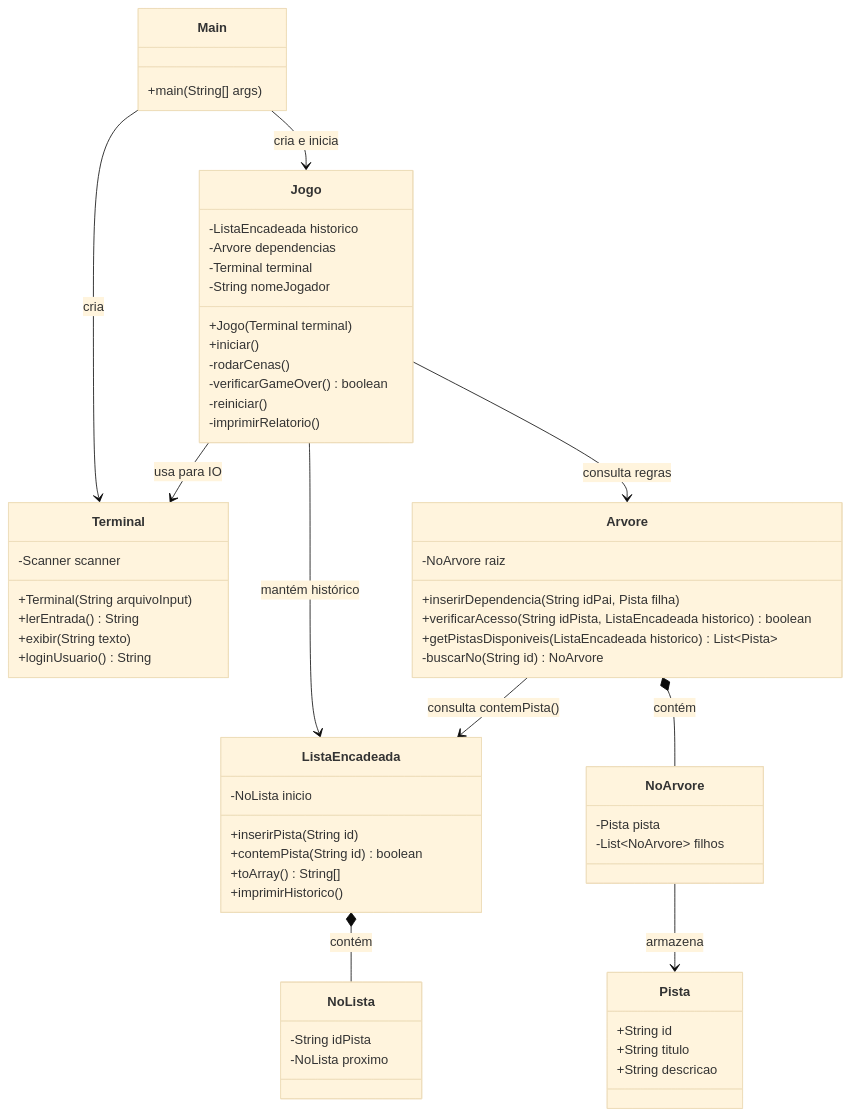
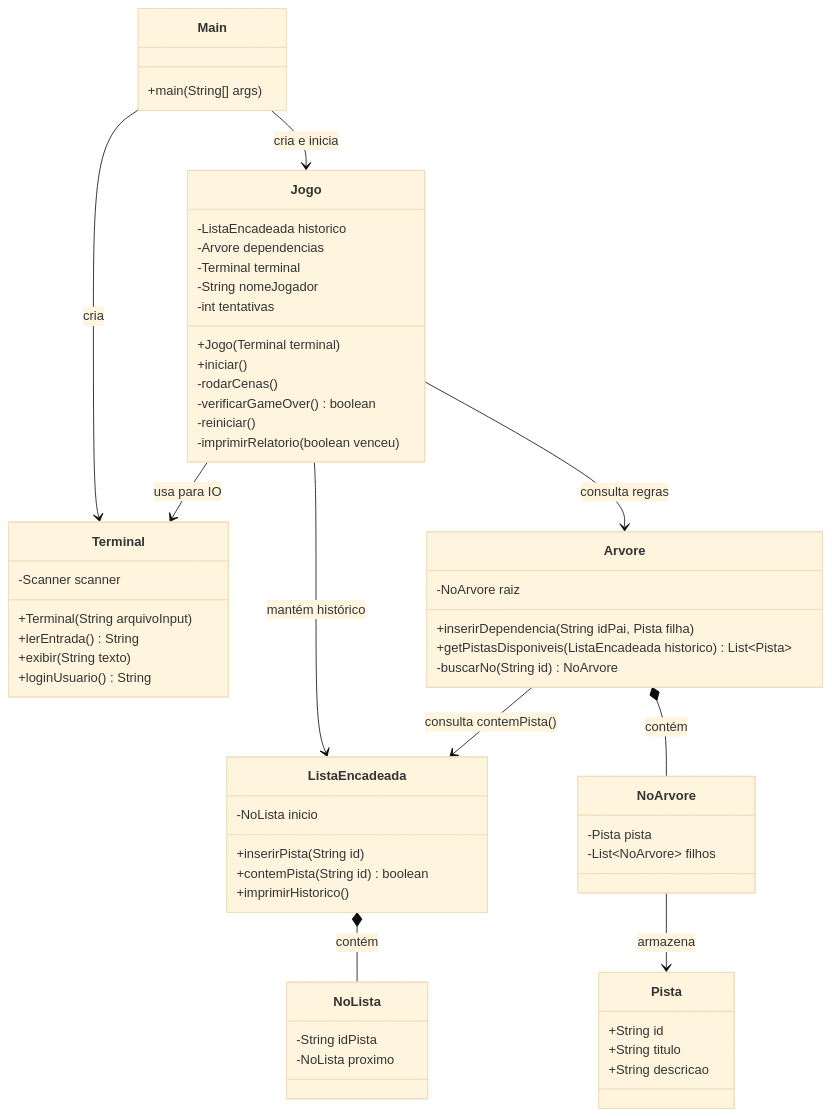
One commit to andretanuki/ProjetoEstruturaDados changed the diagram in docs/Arquitetura_e_Tarefas.md. Above: the diagram before and after it, drawn with Mermaid (base theme). The commit also changed other lines of this file, not shown here.

Commit message:
docs: revisao final - relatorio formalizado, redundancias removidas, sistema fechado

````diff
--- a/docs/Arquitetura_e_Tarefas.md
+++ b/docs/Arquitetura_e_Tarefas.md
@@ -24,69 +18,68 @@
 ```mermaid
 classDiagram
     class Main {
         +main(String[] args)
     }
 
     class Terminal {
         -Scanner scanner
         +Terminal(String arquivoInput)
         +lerEntrada() String
         +exibir(String texto)
         +loginUsuario() String
     }
 
     class Jogo {
         -ListaEncadeada historico
         -Arvore dependencias
         -Terminal terminal
         -String nomeJogador
+        -int tentativas
         +Jogo(Terminal terminal)
         +iniciar()
         -rodarCenas()
         -verificarGameOver() boolean
         -reiniciar()
-        -imprimirRelatorio()
+        -imprimirRelatorio(boolean venceu)
     }
 
     class Pista {
         +String id
         +String titulo
         +String descricao
     }
 
     class ListaEncadeada {
         -NoLista inicio
         +inserirPista(String id)
         +contemPista(String id) boolean
-        +toArray() String[]
         +imprimirHistorico()
     }
 
     class NoLista {
         -String idPista
         -NoLista proximo
     }
 
     class Arvore {
         -NoArvore raiz
         +inserirDependencia(String idPai, Pista filha)
-        +verificarAcesso(String idPista, ListaEncadeada historico) boolean
         +getPistasDisponiveis(ListaEncadeada historico) List~Pista~
         -buscarNo(String id) NoArvore
     }
 
     class NoArvore {
         -Pista pista
         -List~NoArvore~ filhos
     }
 
     Main --> Terminal : cria
     Main --> Jogo : cria e inicia
     Jogo --> Terminal : usa para IO
     Jogo --> ListaEncadeada : mantém histórico
     Jogo --> Arvore : consulta regras
     Arvore --> ListaEncadeada : consulta contemPista()
     ListaEncadeada *-- NoLista : contém
     Arvore *-- NoArvore : contém
     NoArvore --> Pista : armazena
 ```
````
